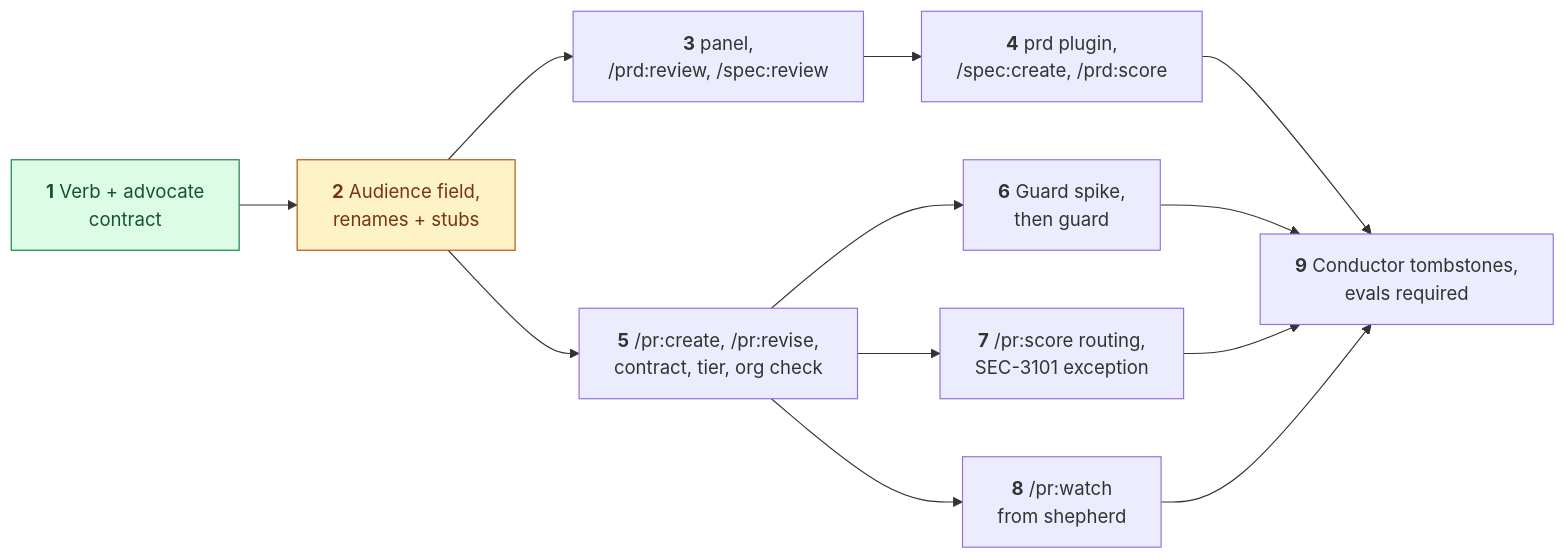
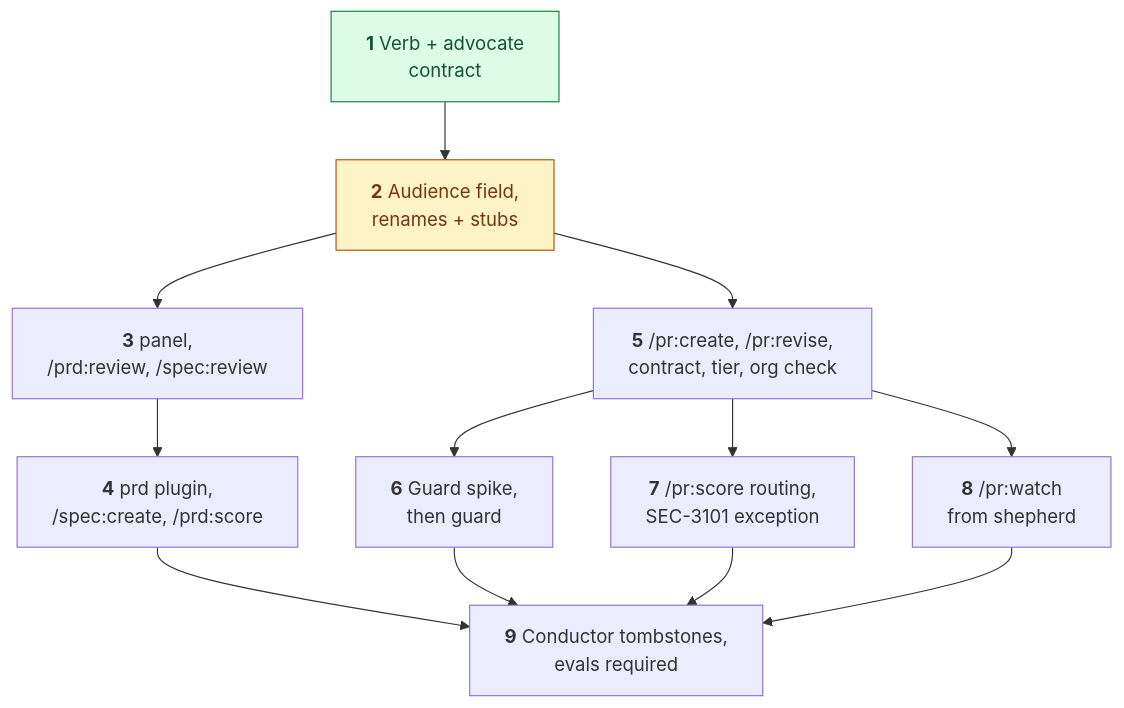
One commit to escote-tatari/mintlify-poc changed the ninth of 9 diagrams in tech-specs/aif-epic-restructure.mdx. Above: the diagram before and after it, drawn with Mermaid. The commit also changed other lines of this file, not shown here.

First line of the commit message:
Tech spec: tighten charts, verb table and diagrams for page width

````diff
--- a/tech-specs/aif-epic-restructure.mdx
+++ b/tech-specs/aif-epic-restructure.mdx
@@ -685,15 +686,15 @@
 ```mermaid
-flowchart LR
+flowchart TB
     P1["<b>1</b> Verb + advocate<br/>contract"] --> P2["<b>2</b> Audience field,<br/>renames + stubs"]
     P2 --> P3["<b>3</b> panel,<br/>/prd:review, /spec:review"]
     P3 --> P4["<b>4</b> prd plugin,<br/>/spec:create, /prd:score"]
     P2 --> P5["<b>5</b> /pr:create, /pr:revise,<br/>contract, tier, org check"]
     P5 --> P6["<b>6</b> Guard spike,<br/>then guard"]
     P5 --> P7["<b>7</b> /pr:score routing,<br/>SEC-3101 exception"]
     P5 --> P8["<b>8</b> /pr:watch<br/>from shepherd"]
     P4 & P6 & P7 & P8 --> P9["<b>9</b> Conductor tombstones,<br/>evals required"]
     classDef done fill:#dcfce7,stroke:#15803d,color:#14532d
     classDef now fill:#fef3c7,stroke:#b45309,color:#78350f
     class P1 done
     class P2 now
 ```
````
